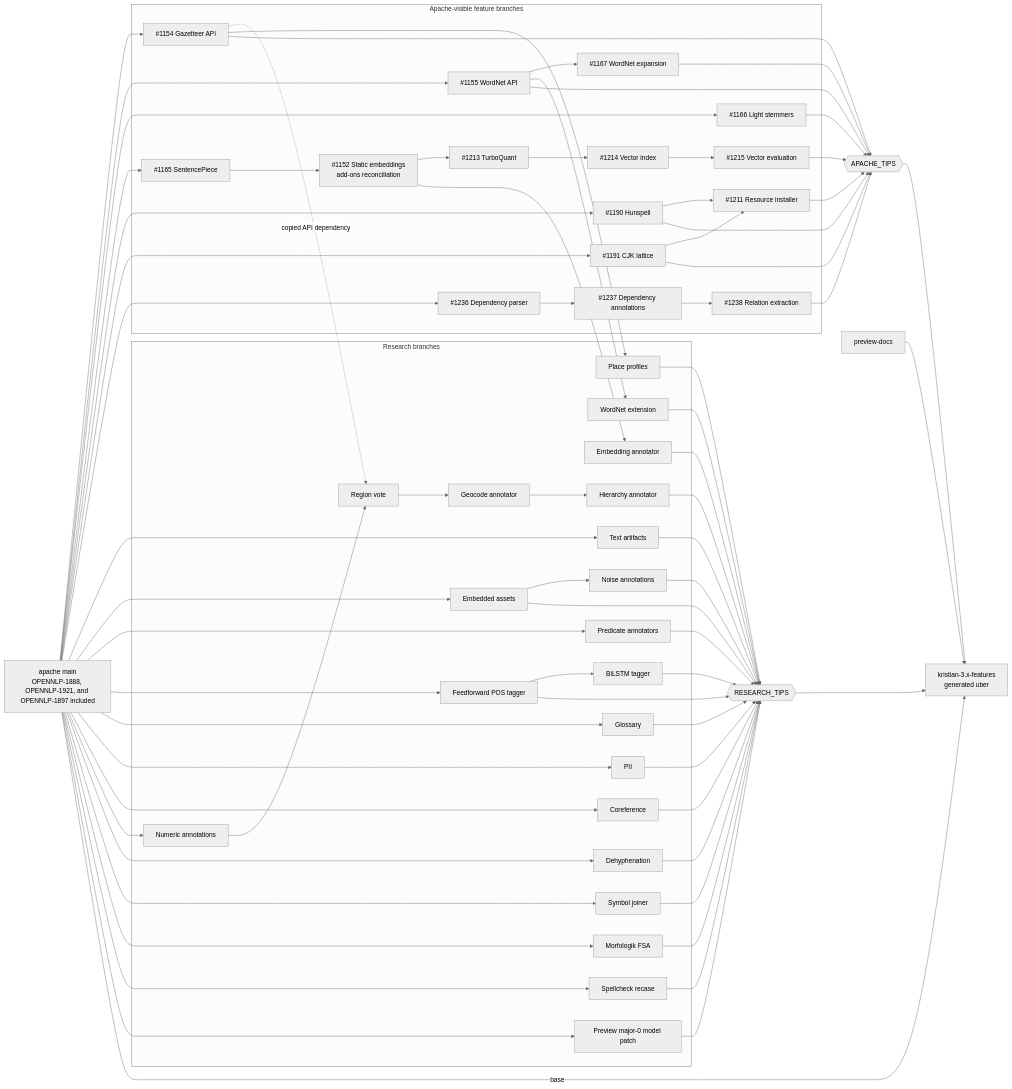
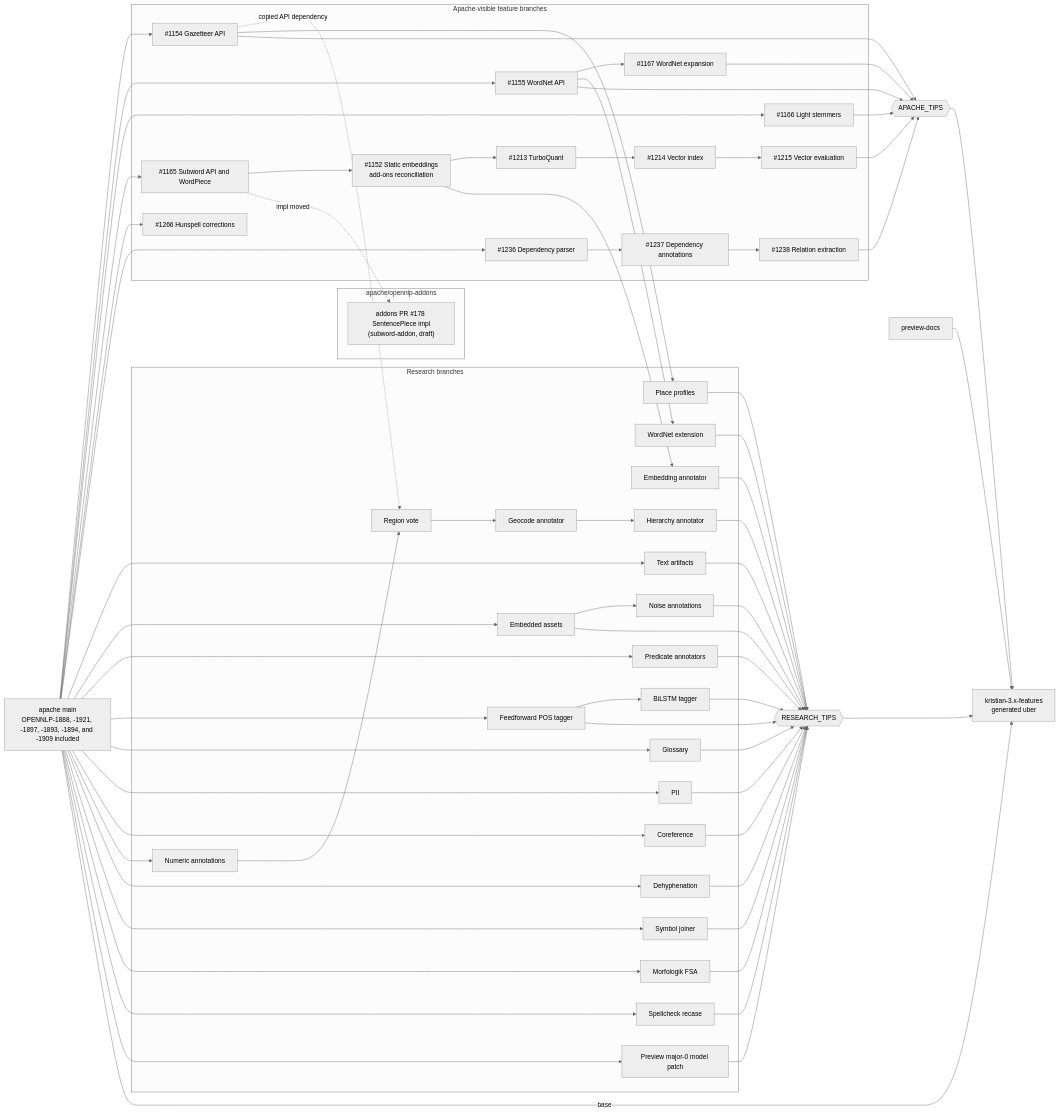
The diagram in RESEARCH_BRANCHES.md (ai-pipestream/opennlp), drawn with Mermaid (neutral theme) before and after one commit. The commit also changed other lines of this file, not shown here.

First line of the commit message:
Update branch map for the 2026-09-04 main merges and the 1885 carve

````diff
--- a/RESEARCH_BRANCHES.md
+++ b/RESEARCH_BRANCHES.md
@@ -40,6 +43,6 @@
 ```mermaid
 flowchart LR
-  main["apache main<br/>OPENNLP-1888, OPENNLP-1921, and OPENNLP-1897 included"]
+  main["apache main<br/>OPENNLP-1888, -1921, -1897, -1893, -1894, and -1909 included"]
   uber["kristian-3.x-features<br/>generated uber"]
   apacheTips{{"APACHE_TIPS"}}
   researchTips{{"RESEARCH_TIPS"}}
@@ -49,17 +52,19 @@
     wordnet["#1155 WordNet API"]
     expansion["#1167 WordNet expansion"]
     light["#1166 Light stemmers"]
-    sentencepiece["#1165 SentencePiece"]
+    sentencepiece["#1165 Subword API and WordPiece"]
     static["#1152 Static embeddings<br/>add-ons reconciliation"]
     turbo["#1213 TurboQuant"]
     vector["#1214 Vector index"]
     evaluation["#1215 Vector evaluation"]
-    hunspell["#1190 Hunspell"]
-    lattice["#1191 CJK lattice"]
-    installer["#1211 Resource installer"]
+    hunspellFix["#1266 Hunspell corrections"]
     parser["#1236 Dependency parser"]
     dependency["#1237 Dependency annotations"]
     relation["#1238 Relation extraction"]
+  end
+
+  subgraph addons["apache/opennlp-addons"]
+    subwordAddon["addons PR #178 SentencePiece impl<br/>(subword-addon, draft)"]
   end
 
   subgraph research["Research branches"]
@@ -92,10 +97,8 @@
   main --> wordnet --> expansion
   main --> light
   main --> sentencepiece --> static --> turbo --> vector --> evaluation
-  main --> hunspell
-  main --> lattice
-  hunspell --> installer
-  lattice --> installer
+  main --> hunspellFix
+  sentencepiece -. impl moved .-> subwordAddon
   main --> parser --> dependency --> relation
 
   main --> artifacts
@@ -120,9 +123,6 @@
   wordnet --> apacheTips
   expansion --> apacheTips
   light --> apacheTips
-  hunspell --> apacheTips
-  lattice --> apacheTips
-  installer --> apacheTips
   evaluation --> apacheTips
   relation --> apacheTips
 
````
